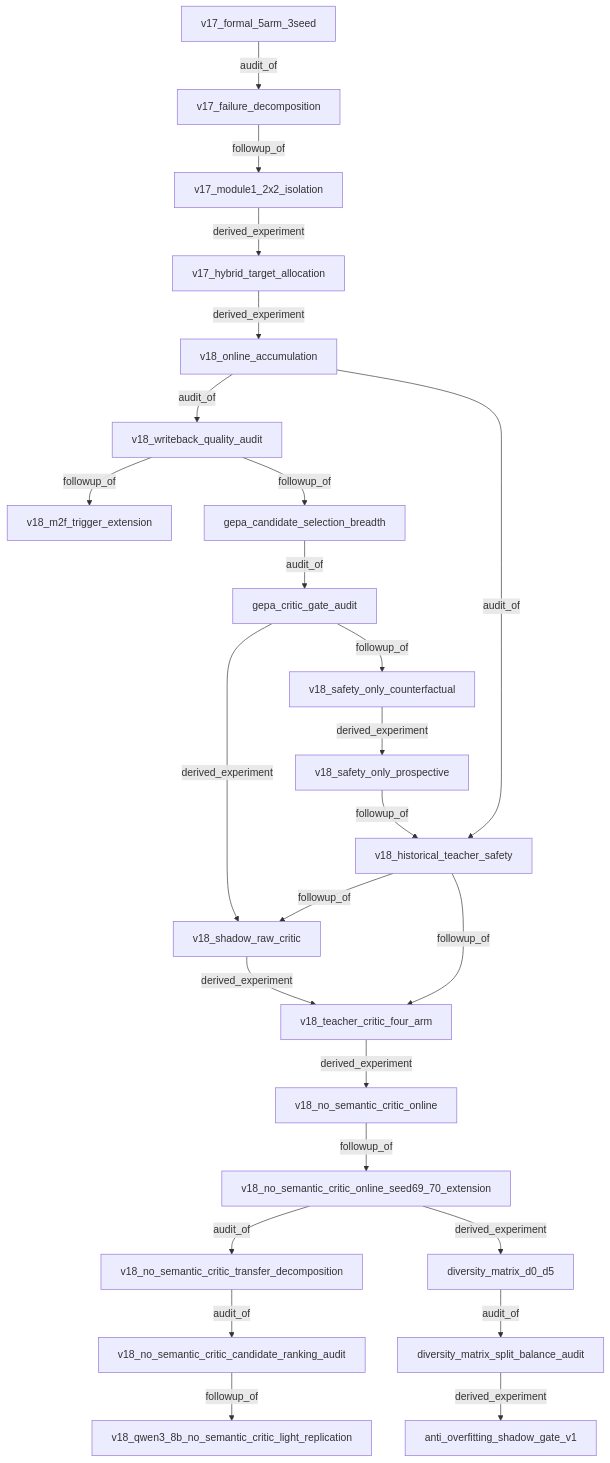
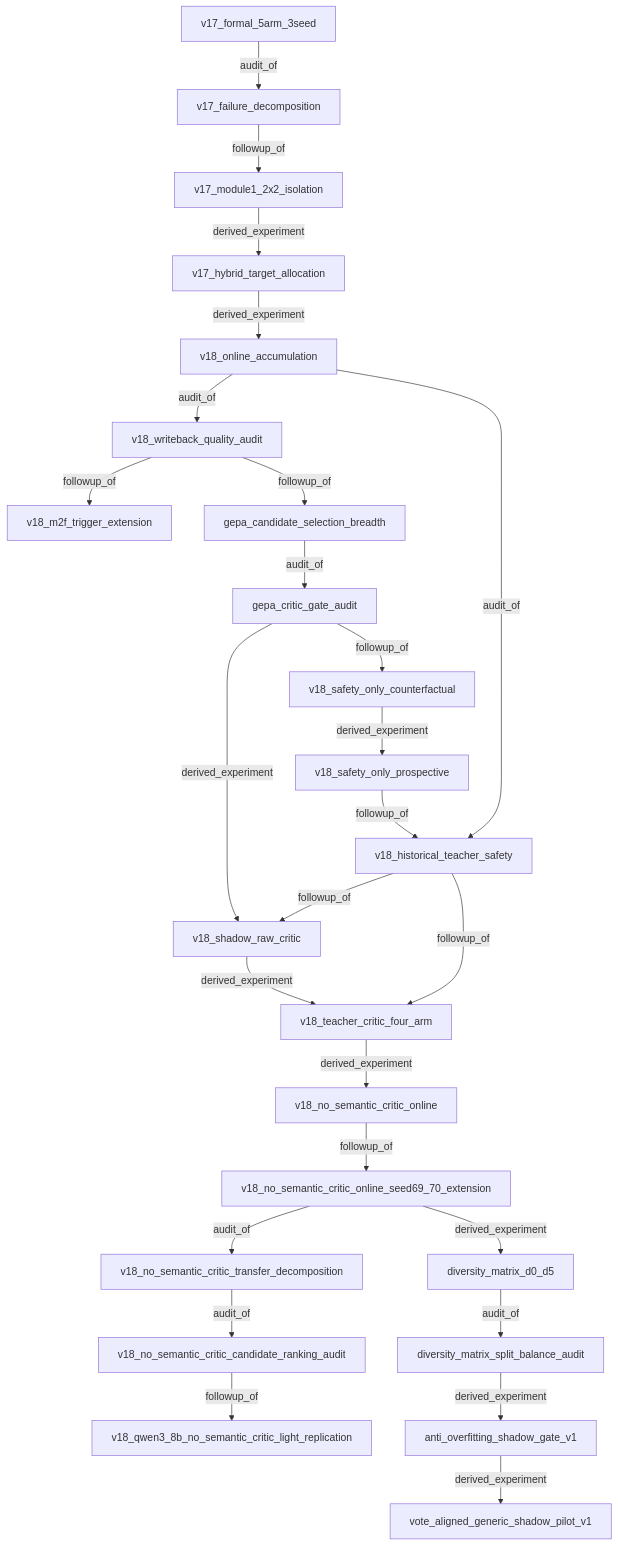
One commit to mmmmyyyxx/multi_agent_diversity changed the diagram in docs/experiments/LINEAGE.md. Above: the diagram before and after it, drawn with Mermaid. The commit also changed other lines of this file and 13 other files, not shown here.

Commit message:
Implement vote-aligned Generic pilot

````diff
--- a/docs/experiments/LINEAGE.md
+++ b/docs/experiments/LINEAGE.md
@@ -5,27 +5,28 @@
 ```mermaid
 graph TD
   v17_formal_5arm_3seed["v17_formal_5arm_3seed"] -->|audit_of| v17_failure_decomposition["v17_failure_decomposition"]
   v17_failure_decomposition["v17_failure_decomposition"] -->|followup_of| v17_module1_2x2_isolation["v17_module1_2x2_isolation"]
   v17_module1_2x2_isolation["v17_module1_2x2_isolation"] -->|derived_experiment| v17_hybrid_target_allocation["v17_hybrid_target_allocation"]
   v17_hybrid_target_allocation["v17_hybrid_target_allocation"] -->|derived_experiment| v18_online_accumulation["v18_online_accumulation"]
   v18_online_accumulation["v18_online_accumulation"] -->|audit_of| v18_writeback_quality_audit["v18_writeback_quality_audit"]
   v18_writeback_quality_audit["v18_writeback_quality_audit"] -->|followup_of| v18_m2f_trigger_extension["v18_m2f_trigger_extension"]
   v18_writeback_quality_audit["v18_writeback_quality_audit"] -->|followup_of| gepa_candidate_selection_breadth["gepa_candidate_selection_breadth"]
   gepa_candidate_selection_breadth["gepa_candidate_selection_breadth"] -->|audit_of| gepa_critic_gate_audit["gepa_critic_gate_audit"]
   gepa_critic_gate_audit["gepa_critic_gate_audit"] -->|followup_of| v18_safety_only_counterfactual["v18_safety_only_counterfactual"]
   v18_safety_only_counterfactual["v18_safety_only_counterfactual"] -->|derived_experiment| v18_safety_only_prospective["v18_safety_only_prospective"]
   v18_safety_only_prospective["v18_safety_only_prospective"] -->|followup_of| v18_historical_teacher_safety["v18_historical_teacher_safety"]
   v18_online_accumulation["v18_online_accumulation"] -->|audit_of| v18_historical_teacher_safety["v18_historical_teacher_safety"]
   gepa_critic_gate_audit["gepa_critic_gate_audit"] -->|derived_experiment| v18_shadow_raw_critic["v18_shadow_raw_critic"]
   v18_historical_teacher_safety["v18_historical_teacher_safety"] -->|followup_of| v18_shadow_raw_critic["v18_shadow_raw_critic"]
   v18_shadow_raw_critic["v18_shadow_raw_critic"] -->|derived_experiment| v18_teacher_critic_four_arm["v18_teacher_critic_four_arm"]
   v18_historical_teacher_safety["v18_historical_teacher_safety"] -->|followup_of| v18_teacher_critic_four_arm["v18_teacher_critic_four_arm"]
   v18_teacher_critic_four_arm["v18_teacher_critic_four_arm"] -->|derived_experiment| v18_no_semantic_critic_online["v18_no_semantic_critic_online"]
   v18_no_semantic_critic_online["v18_no_semantic_critic_online"] -->|followup_of| v18_no_semantic_critic_online_seed69_70_extension["v18_no_semantic_critic_online_seed69_70_extension"]
   v18_no_semantic_critic_online_seed69_70_extension["v18_no_semantic_critic_online_seed69_70_extension"] -->|audit_of| v18_no_semantic_critic_transfer_decomposition["v18_no_semantic_critic_transfer_decomposition"]
   v18_no_semantic_critic_transfer_decomposition["v18_no_semantic_critic_transfer_decomposition"] -->|audit_of| v18_no_semantic_critic_candidate_ranking_audit["v18_no_semantic_critic_candidate_ranking_audit"]
   v18_no_semantic_critic_candidate_ranking_audit["v18_no_semantic_critic_candidate_ranking_audit"] -->|followup_of| v18_qwen3_8b_no_semantic_critic_light_replication["v18_qwen3_8b_no_semantic_critic_light_replication"]
   v18_no_semantic_critic_online_seed69_70_extension["v18_no_semantic_critic_online_seed69_70_extension"] -->|derived_experiment| diversity_matrix_d0_d5["diversity_matrix_d0_d5"]
   diversity_matrix_d0_d5["diversity_matrix_d0_d5"] -->|audit_of| diversity_matrix_split_balance_audit["diversity_matrix_split_balance_audit"]
   diversity_matrix_split_balance_audit["diversity_matrix_split_balance_audit"] -->|derived_experiment| anti_overfitting_shadow_gate_v1["anti_overfitting_shadow_gate_v1"]
+  anti_overfitting_shadow_gate_v1["anti_overfitting_shadow_gate_v1"] -->|derived_experiment| vote_aligned_generic_shadow_pilot_v1["vote_aligned_generic_shadow_pilot_v1"]
 ```
````
